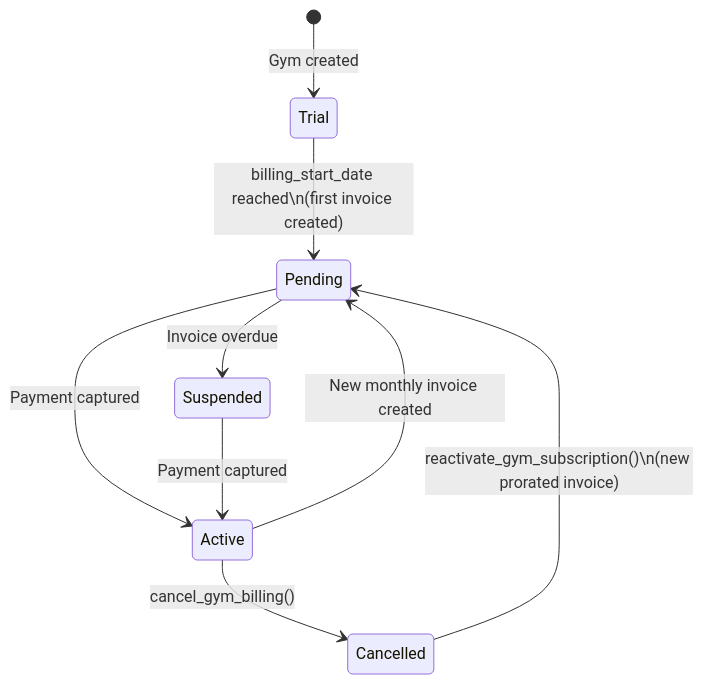
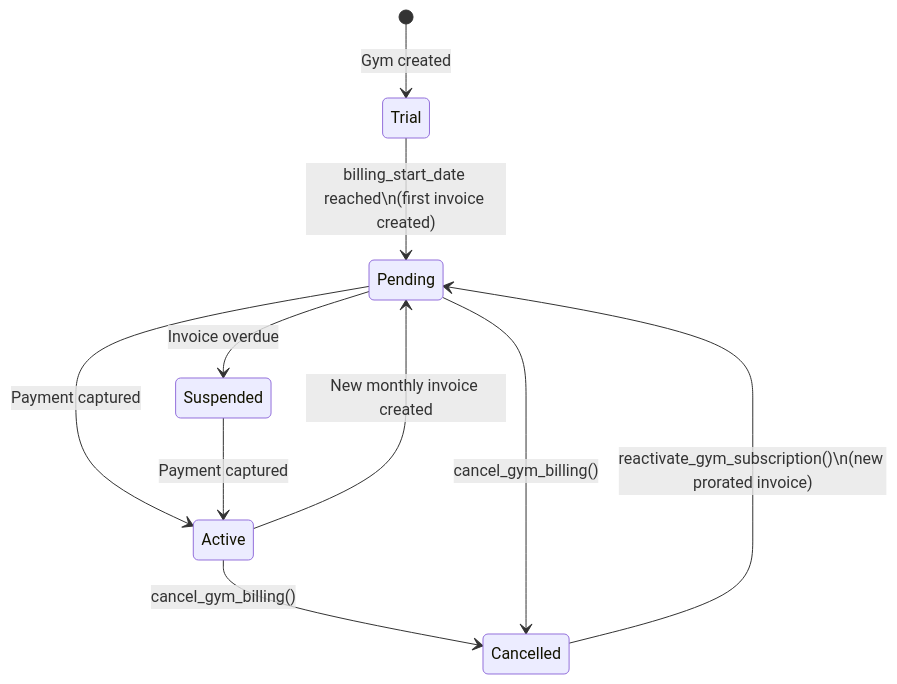
Before and after one commit to Sahil2720kumar/trackVim: the second of 23 diagrams in SaasBilling.md, drawn with Mermaid. The commit also changed other lines of this file and 14 other files, not shown here.

````diff
--- a/SaasBilling.md
+++ b/SaasBilling.md
@@ -121,11 +121,12 @@
 ```mermaid
 stateDiagram-v2
     [*] --> Trial: Gym created
     Trial --> Pending: billing_start_date reached\n(first invoice created)
     Pending --> Active: Payment captured
     Active --> Pending: New monthly invoice created
     Pending --> Suspended: Invoice overdue
     Suspended --> Active: Payment captured
     Active --> Cancelled: cancel_gym_billing()
+    Pending --> Cancelled: cancel_gym_billing()
     Cancelled --> Pending: reactivate_gym_subscription()\n(new prorated invoice)
 ```
````
